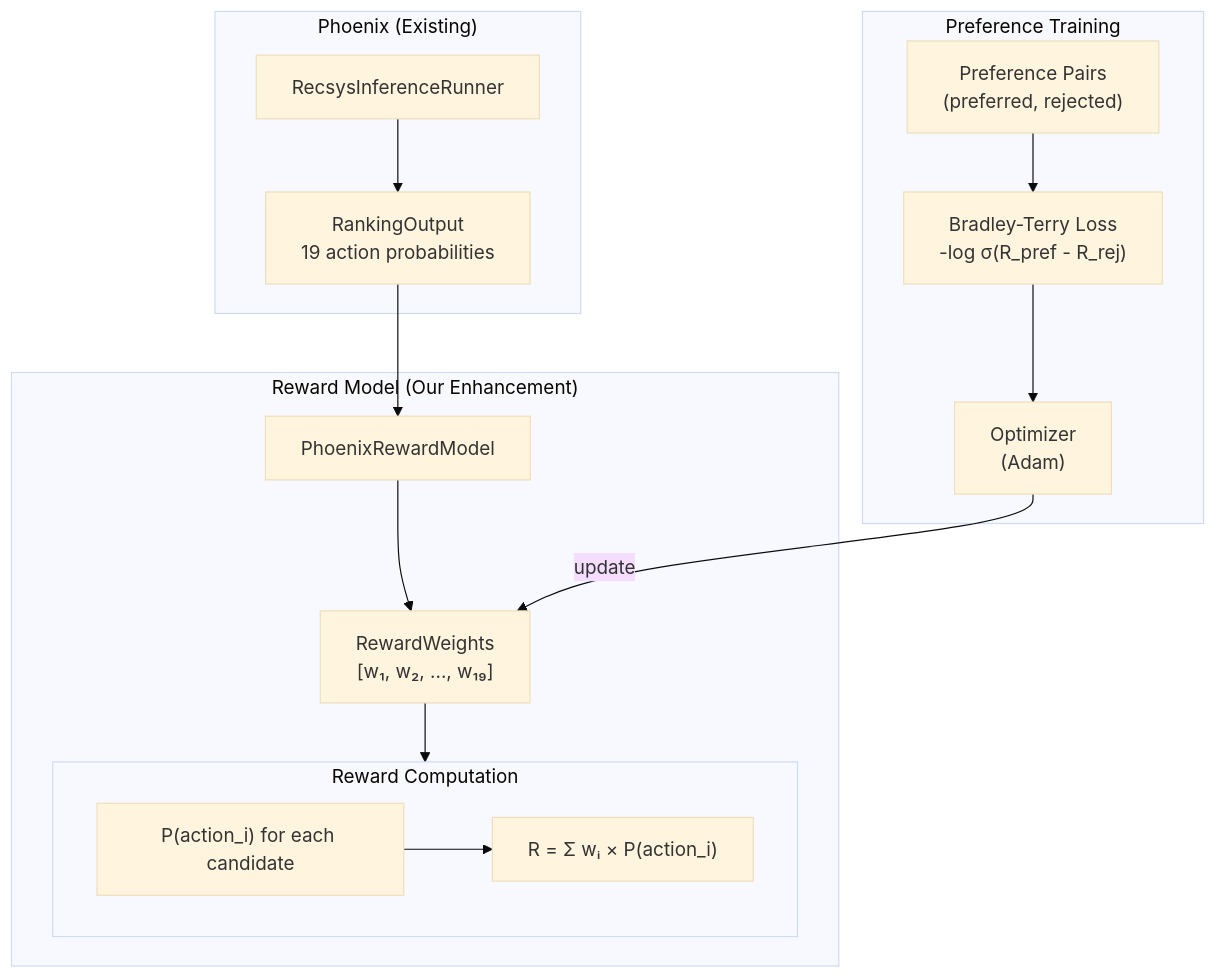
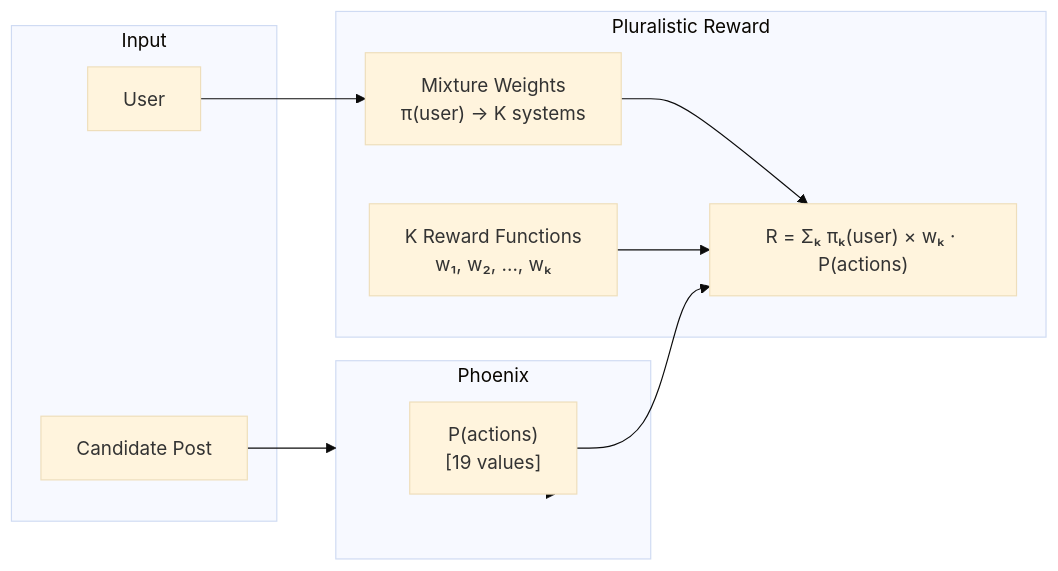
The tenth of 24 diagrams in docs/design_doc.md (kar-ganap/x-algorithm-enhancements), drawn with Mermaid (base theme) before and after one commit. The commit also changed other lines of this file and 1 other file, not shown here.

First line of the commit message:
docs: expand F4 with pluralistic, causal, and multi-stakeholder design

````diff
--- a/docs/design_doc.md
+++ b/docs/design_doc.md
@@ -369,34 +453,24 @@
 ```mermaid
-graph TB
-    subgraph phoenix["Phoenix (Existing)"]
-        runner["RecsysInferenceRunner"]
-        output["RankingOutput<br/>19 action probabilities"]
-        runner --> output
+graph LR
+    subgraph input["Input"]
+        user["User"]
+        post["Candidate Post"]
     end
 
-    subgraph reward_model["Reward Model (Our Enhancement)"]
-        wrapper["PhoenixRewardModel"]
-        weights["RewardWeights<br/>[w₁, w₂, ..., w₁₉]"]
-
-        subgraph computation["Reward Computation"]
-            probs["P(action_i) for each candidate"]
-            combine["R = Σ wᵢ × P(action_i)"]
-            probs --> combine
-        end
-
-        wrapper --> weights
-        weights --> computation
+    subgraph phoenix["Phoenix"]
+        probs["P(actions)<br/>[19 values]"]
     end
 
-    subgraph training["Preference Training"]
-        pairs["Preference Pairs<br/>(preferred, rejected)"]
-        loss["Bradley-Terry Loss<br/>-log σ(R_pref - R_rej)"]
-        optim["Optimizer<br/>(Adam)"]
-
-        pairs --> loss
-        loss --> optim
-        optim -->|"update"| weights
+    subgraph pluralistic["Pluralistic Reward"]
+        mixture["Mixture Weights<br/>π(user) → K systems"]
+        weights["K Reward Functions<br/>w₁, w₂, ..., wₖ"]
+        combine["R = Σₖ πₖ(user) × wₖ · P(actions)"]
     end
 
-    output --> wrapper
+    user --> mixture
+    post --> phoenix
+    phoenix --> probs
+    mixture --> combine
+    weights --> combine
+    probs --> combine
 ```
````
